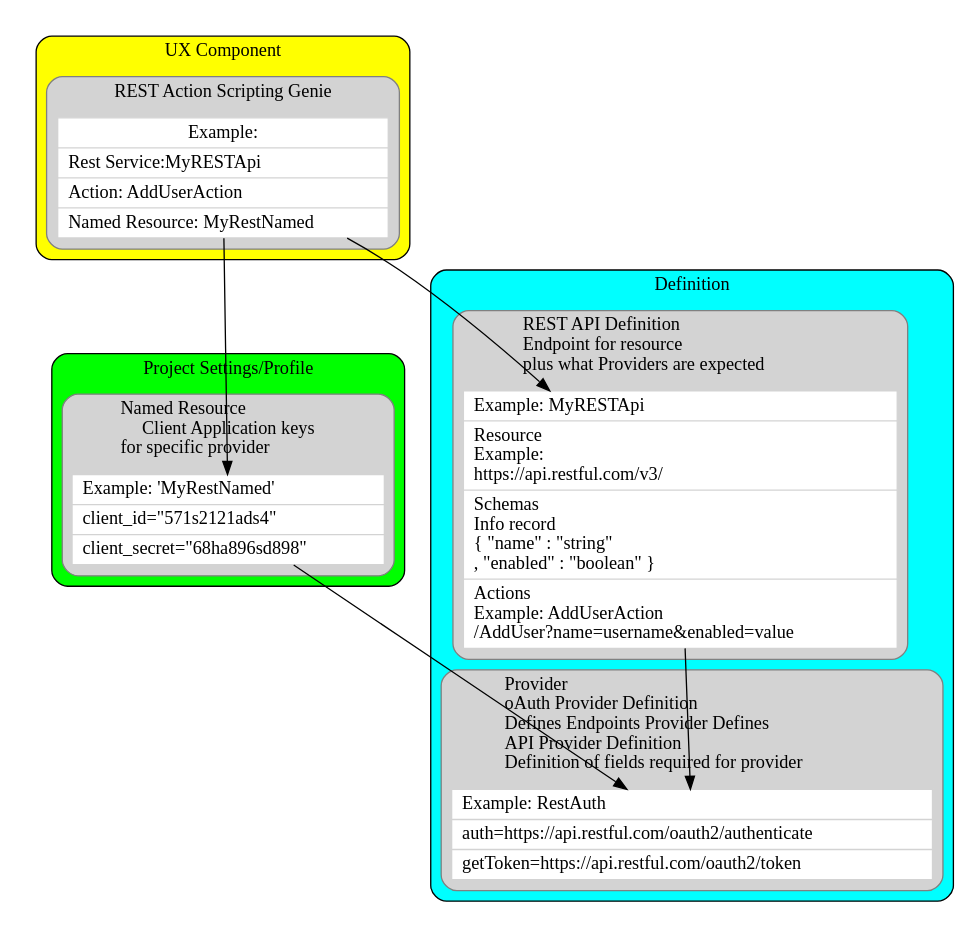
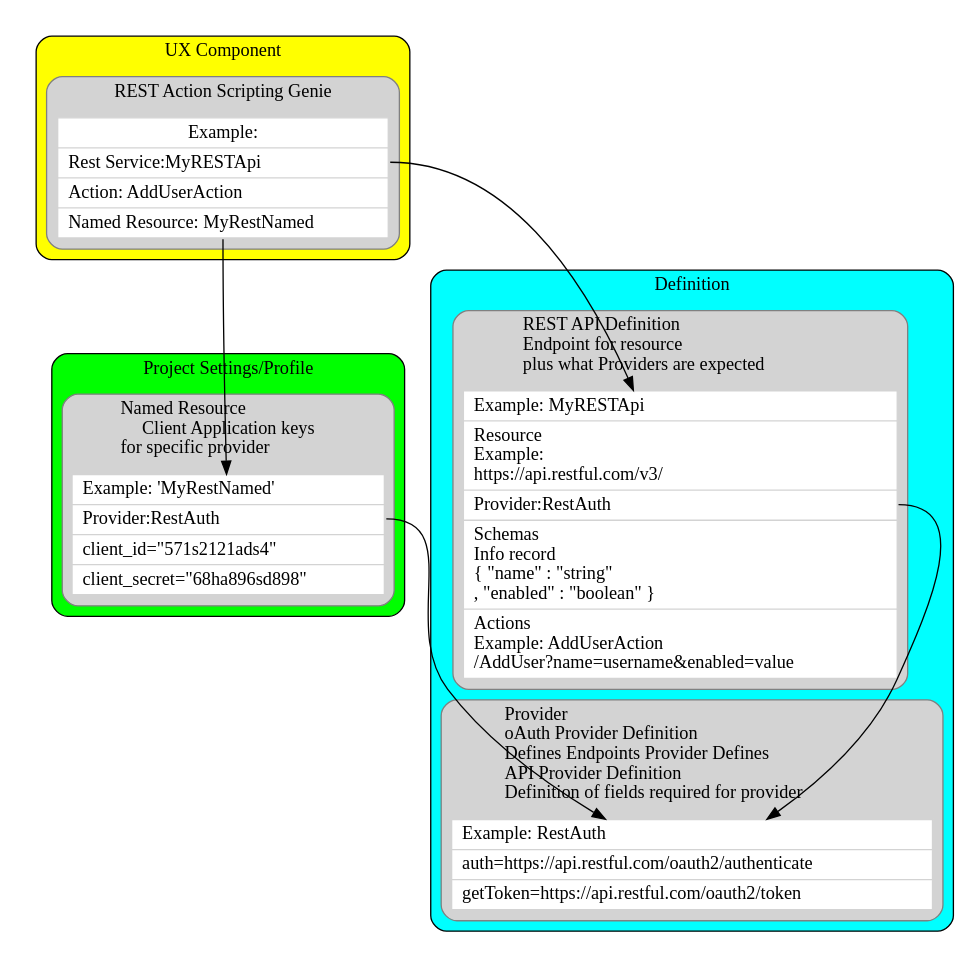
One commit to BuildMan-Alpha/AlphaHelp changed the diagram in helpfiles/Guides/Beta Software/REST Service Client/images/parts.dot. Above: the diagram before and after it, drawn with Graphviz. The commit also changed 1 other file, not shown here.

```diff
--- a/helpfiles/Guides/Beta Software/REST Service Client/images/parts.dot
+++ b/helpfiles/Guides/Beta Software/REST Service Client/images/parts.dot
@@ -1,49 +1,49 @@
 digraph G {
    subgraph cluster_1 {
    style=invis
    subgraph cluster_2 {
      label="UX Component"
      style="rounded, filled"
      fillcolor=yellow     
      subgraph cluster_4 {
         fillcolor = "lightgray"
         color=gray
         label = "REST Action Scripting Genie"
-        "REST Genie" [label="{Example:|Rest Service:MyRESTApi\l|Action: AddUserAction\l|Named Resource: MyRestNamed\l}",shape="record",style="filled",fillcolor=white,color=lightgray]
+        "REST Genie" [label="{Example:|<api>Rest Service:MyRESTApi\l|Action: AddUserAction\l|<named>Named Resource: MyRestNamed\l}",shape="record",style="filled",fillcolor=white,color=lightgray]
      }
    }
    subgraph cluster_3 {
      label="Project Settings/Profile"
       style="rounded, filled"
       fillcolor=lime
      subgraph cluster_5 {
         fillcolor = "lightgray"
         color=gray      
         label = "Named Resource\lClient Application keys\nfor specific provider\l"
-        "Named Resource" [label="{Example: 'MyRestNamed'\l|client_id=\"571s2121ads4\"\l|client_secret=\"68ha896sd898\"\l}",shape="record",style="filled",fillcolor=white,color=lightgray]
+        "Named Resource" [label="{Example: 'MyRestNamed'\l|<ref>Provider:RestAuth\l|client_id=\"571s2121ads4\"\l|client_secret=\"68ha896sd898\"\l}",shape="record",style="filled",fillcolor=white,color=lightgray]
      }     
    }
   }
   subgraph cluster_0 {
    rankdir=TB;
    style="rounded, filled"
    fillcolor=cyan
    graph [ label="Definition"]
    subgraph cluster_6 {
        fillcolor = "lightgray"
        color=gray      
        label="Provider\loAuth Provider Definition\lDefines Endpoints Provider Defines\lAPI Provider Definition\lDefinition of fields required for provider\l"
        "Provider Type" [label="{Example: RestAuth\l|auth=https://api.restful.com/oauth2/authenticate\l|getToken=https://api.restful.com/oauth2/token\l}",shape="record",style="filled",fillcolor=white,color=lightgray]
    }
    subgraph cluster_7 {
        fillcolor = "lightgray"
        color=gray     
        label="REST API Definition\lEndpoint for resource\lplus what Providers are expected\l" 
-        "REST API Definition" [label="{Example: MyRESTApi\l|Resource\lExample:\lhttps://api.restful.com/v3/\l|Schemas\lInfo record\l\{ \"name\" : \"string\"\l , \"enabled\" : \"boolean\" \}\l|Actions\lExample: AddUserAction\l/AddUser?name=username&enabled=value\l}",shape="record",style="filled",fillcolor=white,color=lightgray]
+        "REST API Definition" [label="{Example: MyRESTApi\l|Resource\lExample:\lhttps://api.restful.com/v3/\l|<ref>Provider:RestAuth\l|Schemas\lInfo record\l\{ \"name\" : \"string\"\l , \"enabled\" : \"boolean\" \}\l|Actions\lExample: AddUserAction\l/AddUser?name=username&enabled=value\l}",shape="record",style="filled",fillcolor=white,color=lightgray]
    }
    }
-  "Named Resource" -> "Provider Type" 
-  "REST API Definition" -> "Provider Type"  
-  "REST Genie" ->  "REST API Definition"
-  "REST Genie" ->    "Named Resource"
+  "Named Resource":ref -> "Provider Type" 
+  "REST API Definition":ref -> "Provider Type"  
+  "REST Genie":api ->  "REST API Definition"
+  "REST Genie":named ->    "Named Resource"
 }
```
